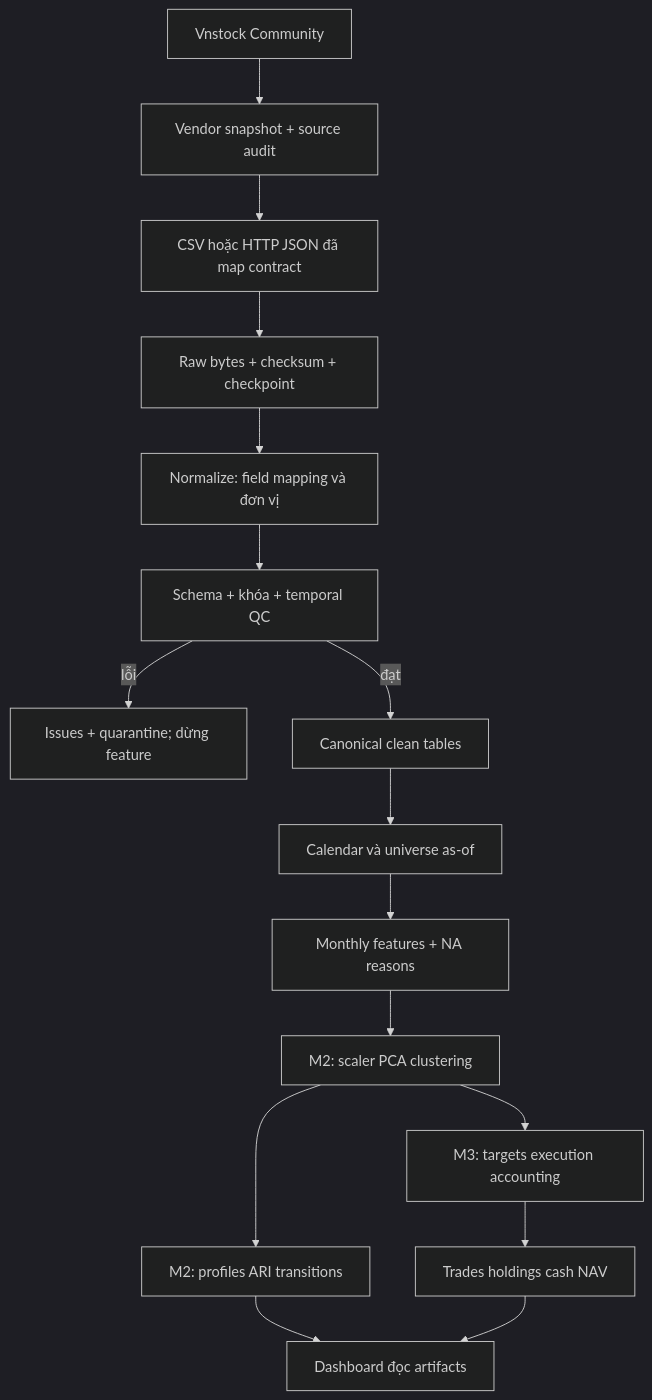
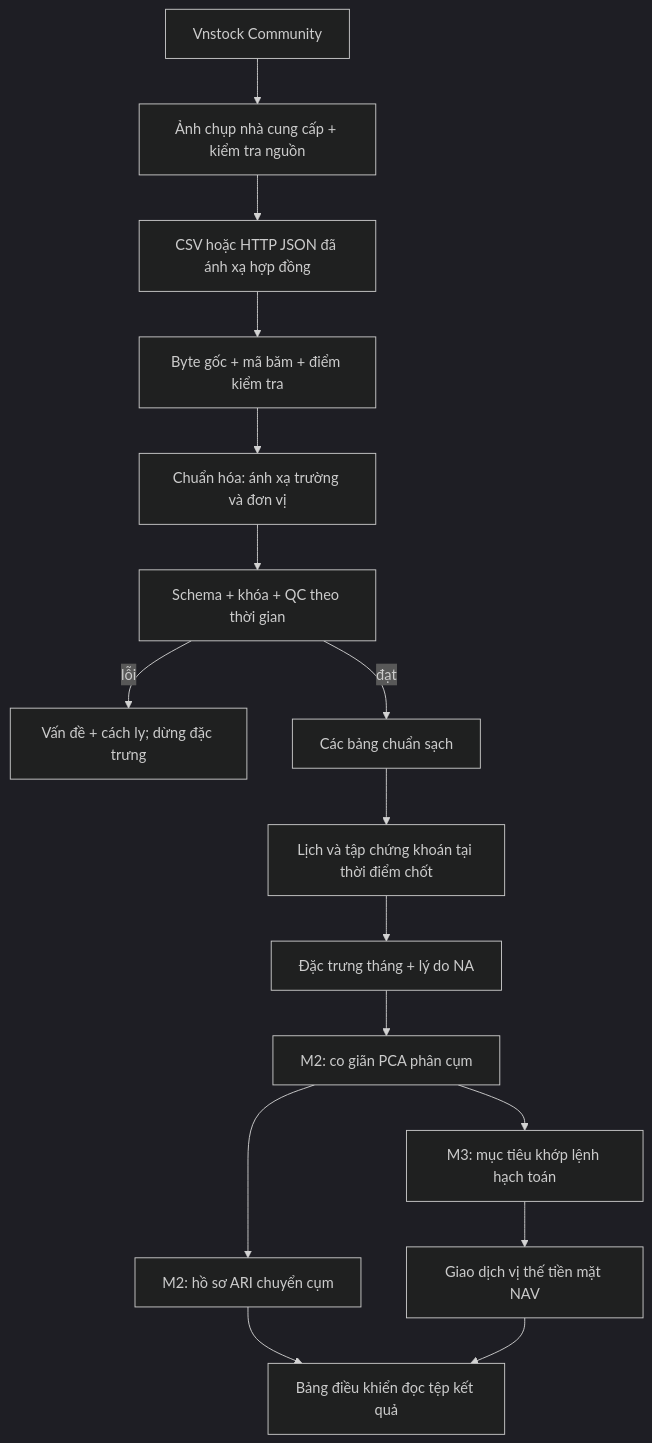
Before and after one commit to trongnguyen1010/Risk-Adjusted-Momentum-Clustering: the diagram in docs/ARCHITECTURE.md, drawn with Mermaid (dark theme). The commit also changed other lines of this file and 61 other files, not shown here.

````diff
--- a/docs/ARCHITECTURE.md
+++ b/docs/ARCHITECTURE.md
@@ -11,18 +24,18 @@
 ```mermaid
 flowchart TD
-  A[CSV hoặc HTTP JSON đã map contract] --> B[Raw bytes + checksum + checkpoint]
-  V[Vnstock Community] --> W[Vendor snapshot + source audit]
+  A[CSV hoặc HTTP JSON đã ánh xạ hợp đồng] --> B[Byte gốc + mã băm + điểm kiểm tra]
+  V[Vnstock Community] --> W[Ảnh chụp nhà cung cấp + kiểm tra nguồn]
   W --> A
-  B --> C[Normalize: field mapping và đơn vị]
-  C --> D[Schema + khóa + temporal QC]
-  D -->|lỗi| Q[Issues + quarantine; dừng feature]
-  D -->|đạt| E[Canonical clean tables]
-  E --> F[Calendar và universe as-of]
-  F --> G[Monthly features + NA reasons]
-  G --> H[M2: scaler PCA clustering]
-  H --> I[M2: profiles ARI transitions]
-  H --> J[M3: targets execution accounting]
-  J --> K[Trades holdings cash NAV]
-  I --> L[Dashboard đọc artifacts]
+  B --> C[Chuẩn hóa: ánh xạ trường và đơn vị]
+  C --> D[Schema + khóa + QC theo thời gian]
+  D -->|lỗi| Q[Vấn đề + cách ly; dừng đặc trưng]
+  D -->|đạt| E[Các bảng chuẩn sạch]
+  E --> F[Lịch và tập chứng khoán tại thời điểm chốt]
+  F --> G[Đặc trưng tháng + lý do NA]
+  G --> H[M2: co giãn PCA phân cụm]
+  H --> I[M2: hồ sơ ARI chuyển cụm]
+  H --> J[M3: mục tiêu khớp lệnh hạch toán]
+  J --> K[Giao dịch vị thế tiền mặt NAV]
+  I --> L[Bảng điều khiển đọc tệp kết quả]
   K --> L
 ```
````
